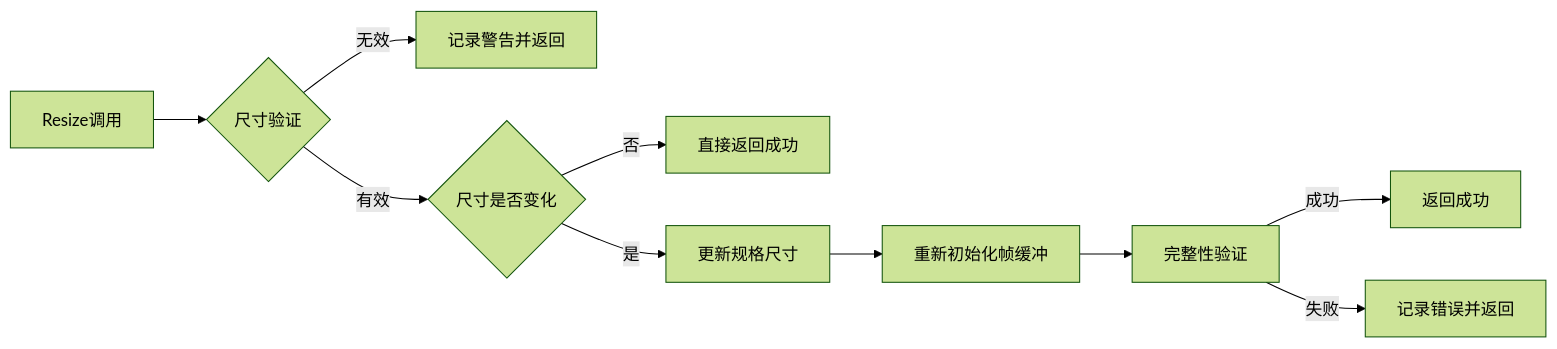
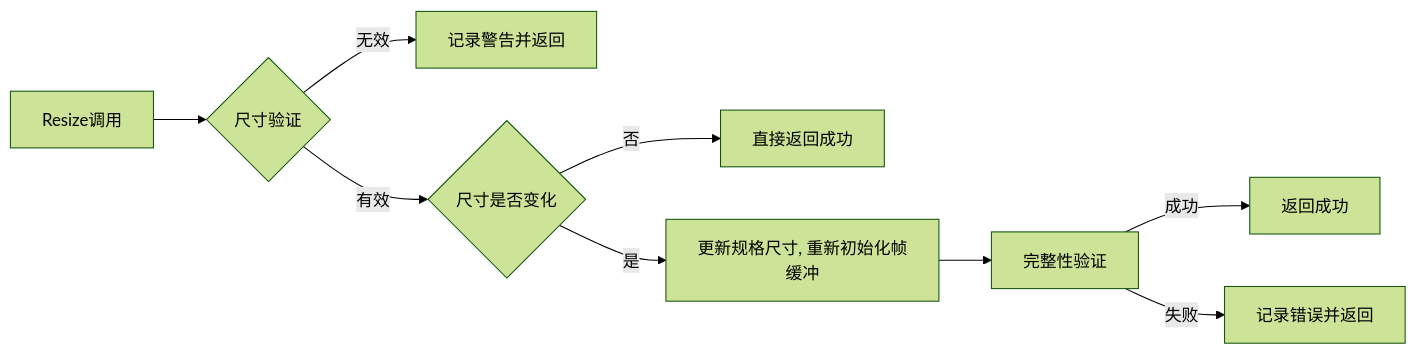
Diagram 14 of 32 in Design.md (mite085/MiteEngine), drawn with Mermaid (forest theme) before and after one commit. The commit also changed other lines of this file, not shown here.

`````diff
--- a/Design.md
+++ b/Design.md
@@ -813,12 +818,11 @@
 ```mermaid
 flowchart LR
     A[Resize调用] --> B{尺寸验证}
     B -->|无效| C[记录警告并返回]
     B -->|有效| D{尺寸是否变化}
     D -->|否| E[直接返回成功]
-    D -->|是| F[更新规格尺寸]
-    F --> G[重新初始化帧缓冲]
-    G --> H[完整性验证]
+    D -->|是| F[更新规格尺寸, 重新初始化帧缓冲]
+    F --> H[完整性验证]
     H -->|成功| I[返回成功]
     H -->|失败| J[记录错误并返回]
 ````
`````
